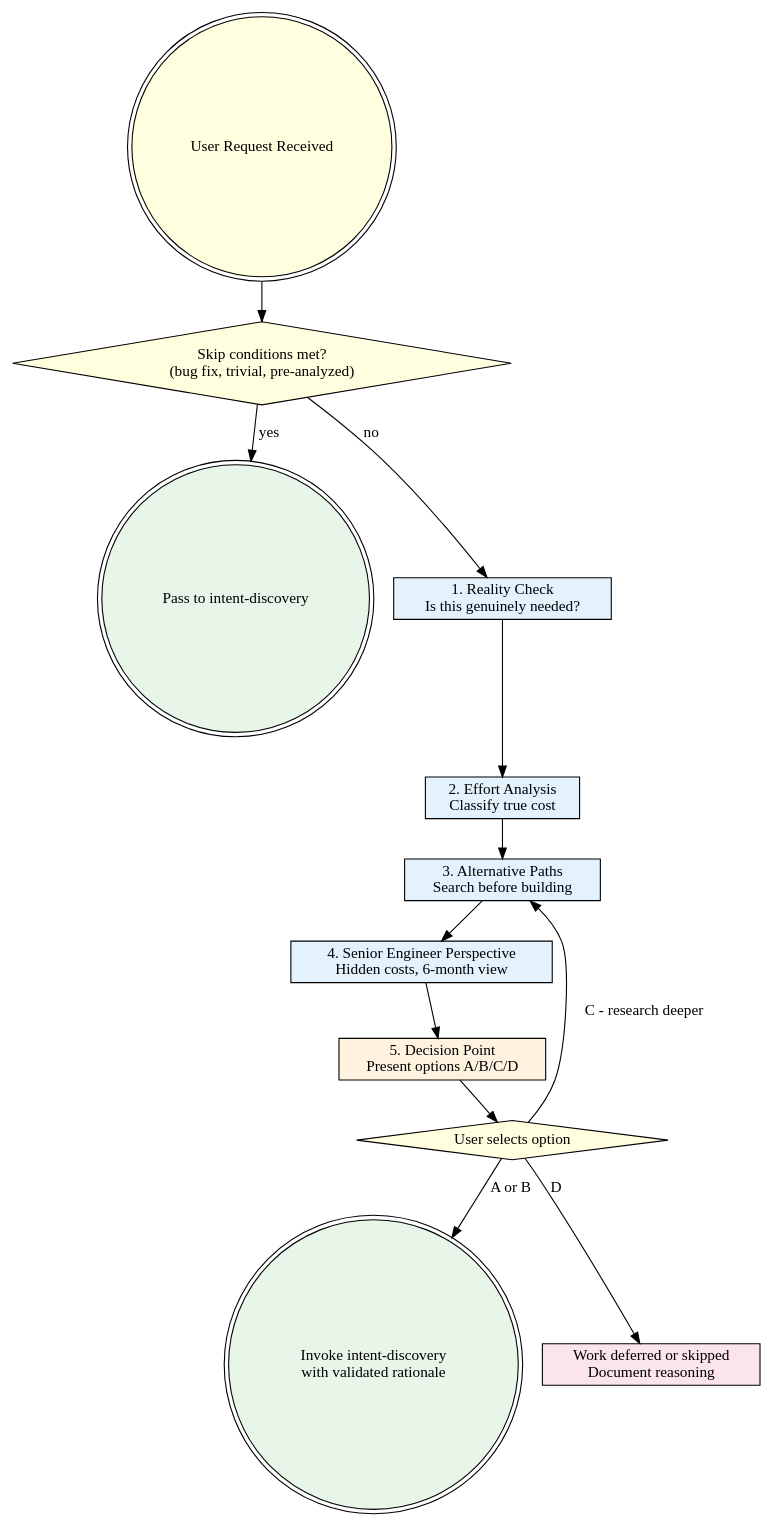
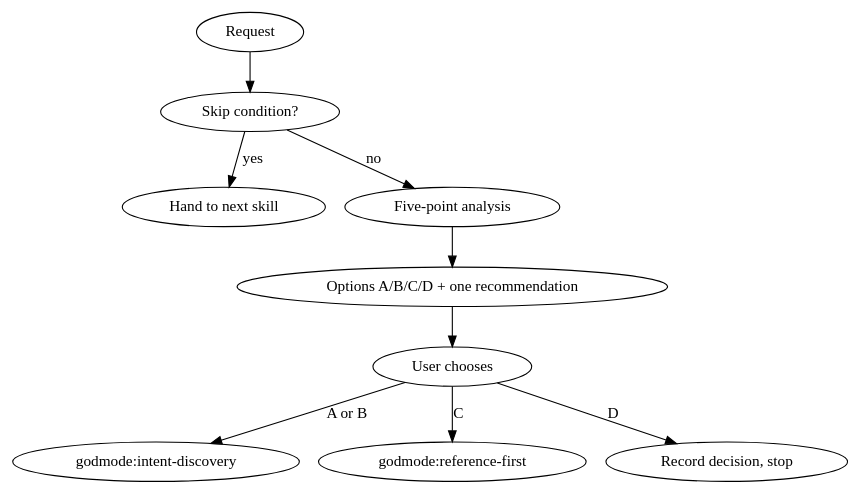
One commit to NoobyGains/godmode changed the diagram in skills/rationale/SKILL.md. Above: the diagram before and after it, drawn with Graphviz. The commit also changed other lines of this file and 17 other files, not shown here.

````diff
--- a/skills/rationale/SKILL.md
+++ b/skills/rationale/SKILL.md
@@ -169,32 +93,12 @@
 ```dot
 digraph rationale {
-    rankdir=TB;
-    node [shape=box style=filled];
-
-    request [label="User Request Received" fillcolor=lightyellow shape=doublecircle];
-    skip_check [label="Skip conditions met?\n(bug fix, trivial, pre-analyzed)" fillcolor=lightyellow shape=diamond];
-    pass_through [label="Pass to intent-discovery" fillcolor="#e8f5e9" shape=doublecircle];
-
-    reality [label="1. Reality Check\nIs this genuinely needed?" fillcolor="#e3f2fd"];
-    effort [label="2. Effort Analysis\nClassify true cost" fillcolor="#e3f2fd"];
-    alternatives [label="3. Alternative Paths\nSearch before building" fillcolor="#e3f2fd"];
-    senior [label="4. Senior Engineer Perspective\nHidden costs, 6-month view" fillcolor="#e3f2fd"];
-    decision [label="5. Decision Point\nPresent options A/B/C/D" fillcolor="#fff3e0"];
-
-    user_decides [label="User selects option" fillcolor=lightyellow shape=diamond];
-    proceed [label="Invoke intent-discovery\nwith validated rationale" fillcolor="#e8f5e9" shape=doublecircle];
-    defer [label="Work deferred or skipped\nDocument reasoning" fillcolor="#fce4ec"];
-
-    request -> skip_check;
-    skip_check -> pass_through [label="yes"];
-    skip_check -> reality [label="no"];
-    reality -> effort;
-    effort -> alternatives;
-    alternatives -> senior;
-    senior -> decision;
-    decision -> user_decides;
-    user_decides -> proceed [label="A or B"];
-    user_decides -> alternatives [label="C - research deeper"];
-    user_decides -> defer [label="D"];
+    "Request" -> "Skip condition?";
+    "Skip condition?" -> "Hand to next skill" [label="yes"];
+    "Skip condition?" -> "Five-point analysis" [label="no"];
+    "Five-point analysis" -> "Options A/B/C/D + one recommendation";
+    "Options A/B/C/D + one recommendation" -> "User chooses";
+    "User chooses" -> "godmode:intent-discovery" [label="A or B"];
+    "User chooses" -> "godmode:reference-first" [label="C"];
+    "User chooses" -> "Record decision, stop" [label="D"];
 }
 ```
````
